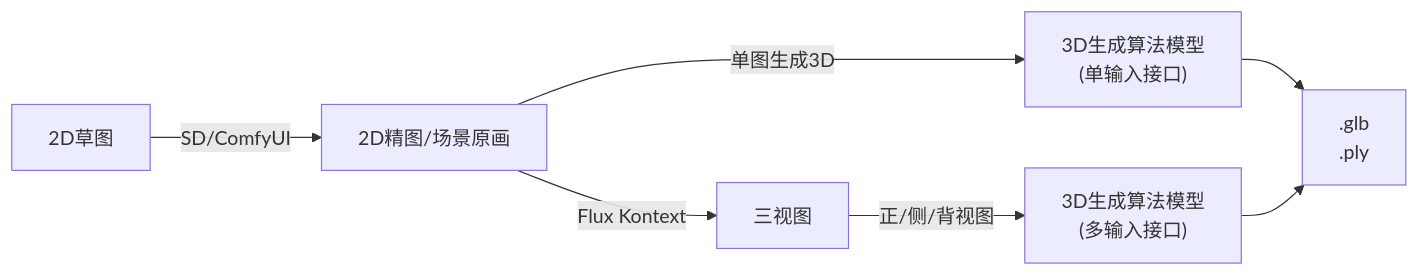
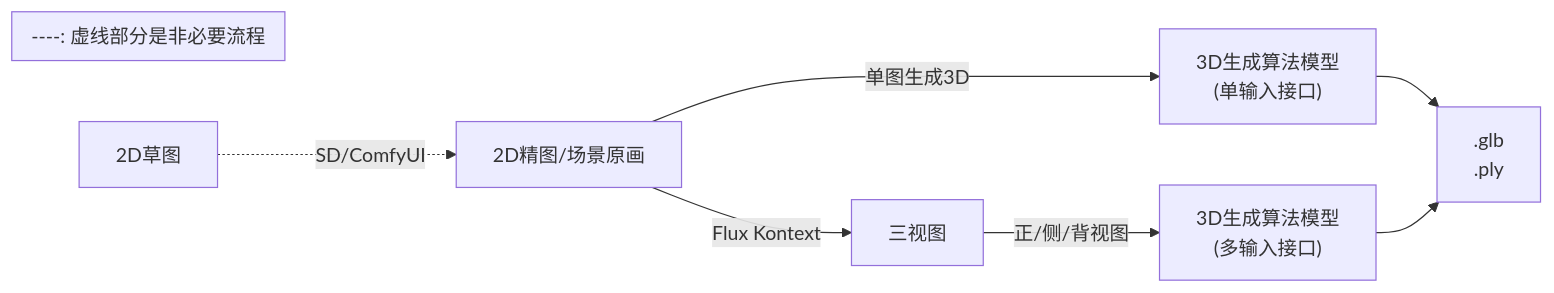
Before and after one commit to zade23/iodraw-files: the diagram in all/未命名-7.md, drawn with Mermaid.

Commit message:
2025-07-17 20:03:35 update

````diff
--- a/all/未命名-7.md
+++ b/all/未命名-7.md
@@ -1,14 +1,17 @@
 ```mermaid
 graph LR
+    subgraph Legend ["----: 虚线部分是非必要流程"]
+        direction LR
+    end
 
-    A[2D草图] -->|SD/ComfyUI| B[2D精图/场景原画]
+    A[2D草图] -.->|SD/ComfyUI| B[2D精图/场景原画]
     
     B -->|单图生成3D| D["3D生成算法模型<br/>(单输入接口)"]
     D --> F[".glb<br/>.ply"]
     
     B -->|Flux Kontext| C[三视图]
     
     C -->|正/侧/背视图| E["3D生成算法模型<br/>(多输入接口)"]
 
     E --> F
 ```
````
